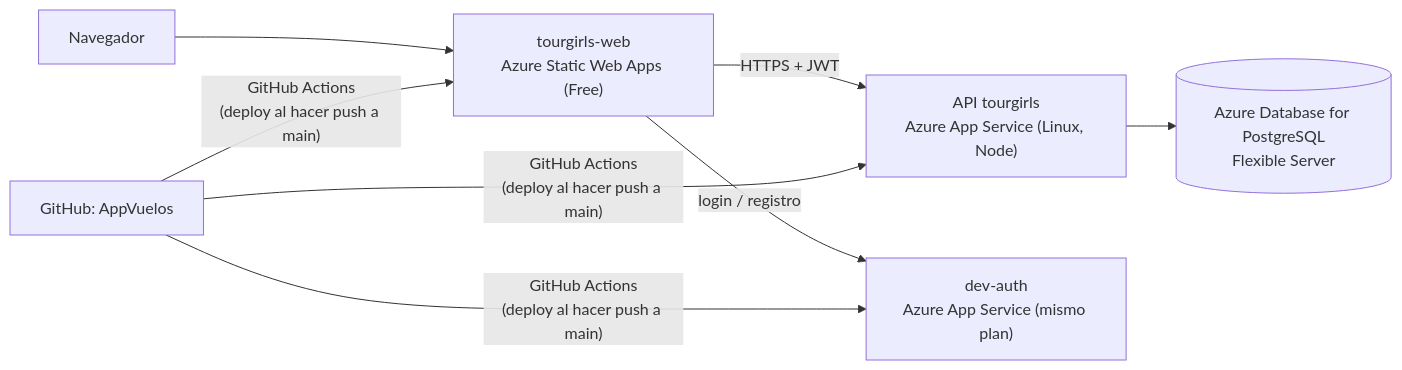
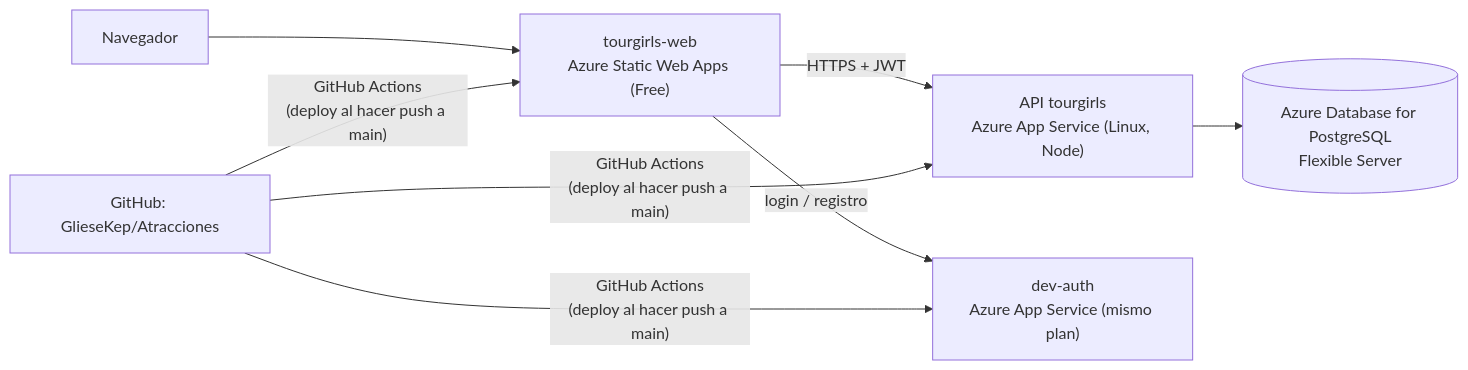
One commit to GlieseKep/Atracciones changed the diagram in DESPLIEGUE_AZURE.md. Above: the diagram before and after it, drawn with Mermaid. The commit also changed other lines of this file and 19 other files, not shown here.

First line of the commit message:
Despliegue en Azure: workflows de API, dev-auth y Static Web App

````diff
--- a/DESPLIEGUE_AZURE.md
+++ b/DESPLIEGUE_AZURE.md
@@ -10,8 +10,8 @@
 ```mermaid
 flowchart LR
   U[Navegador] --> SWA["tourgirls-web<br/>Azure Static Web Apps (Free)"]
   SWA -- "HTTPS + JWT" --> API["API tourgirls<br/>Azure App Service (Linux, Node)"]
   SWA -- "login / registro" --> AUTH["dev-auth<br/>Azure App Service (mismo plan)"]
   API --> DB[("Azure Database for PostgreSQL<br/>Flexible Server")]
-  GH[GitHub: AppVuelos] -- "GitHub Actions<br/>(deploy al hacer push a main)" --> SWA & API & AUTH
+  GH[GitHub: GlieseKep/Atracciones] -- "GitHub Actions<br/>(deploy al hacer push a main)" --> SWA & API & AUTH
 ```
````
